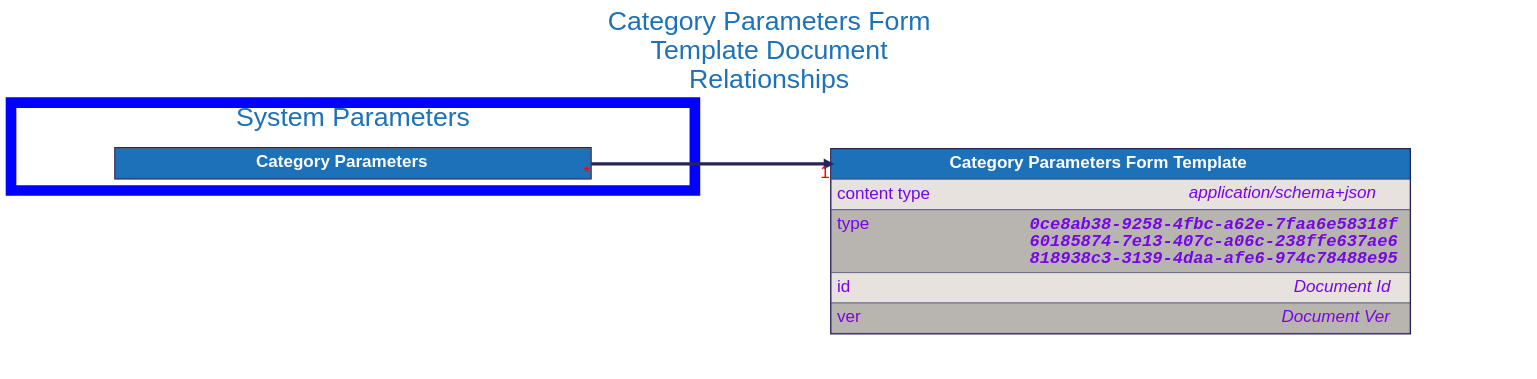
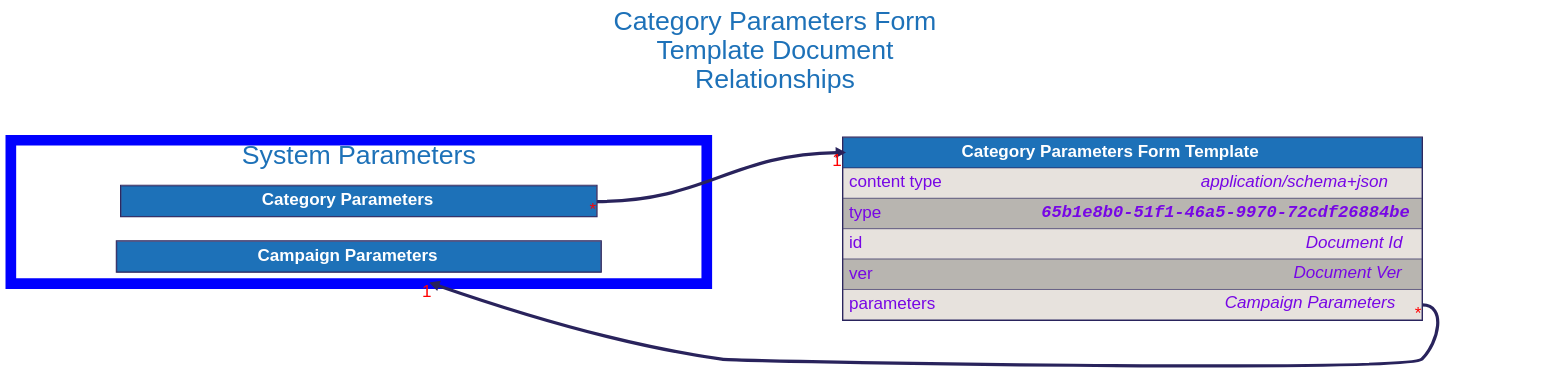
One commit to input-output-hk/catalyst-libs changed the diagram in docs/src/architecture/08_concepts/signed_doc/diagrams/category_parameters_form_template.dot. Above: the diagram before and after it, drawn with Graphviz. The commit also changed 466 other files, not shown here.

```diff
--- a/docs/src/architecture/08_concepts/signed_doc/diagrams/category_parameters_form_template.dot
+++ b/docs/src/architecture/08_concepts/signed_doc/diagrams/category_parameters_form_template.dot
@@ -1,94 +1,120 @@
 digraph "Category Parameters Form Template" {
     rankdir="LR"
     graph [fontname="helvetica", fontsize="32", fontcolor="#29235c", bgcolor="white"];
     node [penwidth="0", margin="0", fontname="helvetica", fontsize="32", fontcolor="#29235c"];
     edge [fontname="helvetica", fontsize="32", fontcolor="red", color="#29235c"];
 
     labelloc="t"
     label="Category Parameters Form
 Template Document
 Relationships"
     fontcolor="#1d71b8"
     fontsize=50
     compound=true
 
 
+
+    subgraph cluster_system_parameters {
+        label = "System Parameters";
+        color=blue
+        penwidth=20
+
+        "Campaign Parameters" [
+            id="Campaign Parameters";
+            label=<
+                <TABLE BORDER="2" COLOR="#29235c" CELLBORDER="1" CELLSPACING="0" CELLPADDING="10">
+                <TR>
+                    <TD PORT="title" BGCOLOR="#1d71b8" HREF="../campaign_parameters/">
+                        <FONT COLOR="#ffffff"><B> Campaign Parameters </B></FONT>
+                    </TD>
+                </TR>
+
+                </TABLE>
+            >
+        ];
+
+
+        "Category Parameters" [
+            id="Category Parameters";
+            label=<
+                <TABLE BORDER="2" COLOR="#29235c" CELLBORDER="1" CELLSPACING="0" CELLPADDING="10">
+                <TR>
+                    <TD PORT="title" BGCOLOR="#1d71b8" HREF="../category_parameters/">
+                        <FONT COLOR="#ffffff"><B> Category Parameters </B></FONT>
+                    </TD>
+                </TR>
+
+                </TABLE>
+            >
+        ];
+
+    }
 
     "Category Parameters Form Template" [
         id="Category Parameters Form Template";
         label=<
             <TABLE BORDER="2" COLOR="#29235c" CELLBORDER="1" CELLSPACING="0" CELLPADDING="10">
             <TR>
                 <TD PORT="title" BGCOLOR="#1d71b8" HREF="../category_parameters_form_template/">
                     <FONT COLOR="#ffffff"><B> Category Parameters Form Template </B></FONT>
                 </TD>
             </TR>
             <TR>
                 <TD ALIGN="LEFT" PORT="content type" BGCOLOR="#e7e2dd">
                     <TABLE CELLPADDING="0" CELLSPACING="0" BORDER="0">
                         <TR>
                             <TD ALIGN="LEFT" VALIGN="TOP" WIDTH="200"><FONT COLOR="#7706E5">content type</FONT></TD>
                             <TD ALIGN="RIGHT"><FONT COLOR="#7706E5"><I>application/schema+json</I></FONT></TD>
                         </TR>
                     </TABLE>
                 </TD>
             </TR>
             <TR>
                 <TD ALIGN="LEFT" PORT="type" BGCOLOR="#b8b5b0">
                     <TABLE CELLPADDING="0" CELLSPACING="0" BORDER="0">
                         <TR>
                             <TD ALIGN="LEFT" VALIGN="TOP" WIDTH="200"><FONT COLOR="#7706E5">type</FONT></TD>
-                            <TD ALIGN="RIGHT"><FONT FACE="Courier" COLOR="#7706E5"><B><I>0ce8ab38-9258-4fbc-a62e-7faa6e58318f<BR />60185874-7e13-407c-a06c-238ffe637ae6<BR />818938c3-3139-4daa-afe6-974c78488e95</I></B></FONT></TD>
+                            <TD ALIGN="RIGHT"><FONT FACE="Courier" COLOR="#7706E5"><B><I>65b1e8b0-51f1-46a5-9970-72cdf26884be</I></B></FONT></TD>
                         </TR>
                     </TABLE>
                 </TD>
             </TR>
             <TR>
                 <TD ALIGN="LEFT" PORT="id" BGCOLOR="#e7e2dd">
                     <TABLE CELLPADDING="0" CELLSPACING="0" BORDER="0">
                         <TR>
                             <TD ALIGN="LEFT" VALIGN="TOP" WIDTH="200"><FONT COLOR="#7706E5">id</FONT></TD>
                             <TD ALIGN="RIGHT"><FONT COLOR="#7706E5"><I>Document Id</I></FONT></TD>
                         </TR>
                     </TABLE>
                 </TD>
             </TR>
             <TR>
                 <TD ALIGN="LEFT" PORT="ver" BGCOLOR="#b8b5b0">
                     <TABLE CELLPADDING="0" CELLSPACING="0" BORDER="0">
                         <TR>
                             <TD ALIGN="LEFT" VALIGN="TOP" WIDTH="200"><FONT COLOR="#7706E5">ver</FONT></TD>
                             <TD ALIGN="RIGHT"><FONT COLOR="#7706E5"><I>Document Ver</I></FONT></TD>
                         </TR>
                     </TABLE>
                 </TD>
             </TR>
+            <TR>
+                <TD ALIGN="LEFT" PORT="parameters" BGCOLOR="#e7e2dd">
+                    <TABLE CELLPADDING="0" CELLSPACING="0" BORDER="0">
+                        <TR>
+                            <TD ALIGN="LEFT" VALIGN="TOP" WIDTH="200"><FONT COLOR="#7706E5">parameters</FONT></TD>
+                            <TD ALIGN="RIGHT"><FONT COLOR="#7706E5"><I>Campaign Parameters</I></FONT></TD>
+                        </TR>
+                    </TABLE>
+                </TD>
+            </TR>
 
             </TABLE>
         >
     ];
 
 
-    subgraph cluster_system_parameters {
-        label = "System Parameters";
-        color=blue
-        penwidth=20
-
-        "Category Parameters" [
-            id="Category Parameters";
-            label=<
-                <TABLE BORDER="2" COLOR="#29235c" CELLBORDER="1" CELLSPACING="0" CELLPADDING="10">
-                <TR>
-                    <TD PORT="title" BGCOLOR="#1d71b8" HREF="../category_parameters/">
-                        <FONT COLOR="#ffffff"><B> Category Parameters </B></FONT>
-                    </TD>
-                </TR>
-
-                </TABLE>
-            >
-        ];
-
-    }
-
+    "Category Parameters Form Template":"parameters":e -> "Campaign Parameters" [dir=forward, penwidth=6, color="#29235c", headlabel="1", taillabel="*", lhead="cluster_system_parameters"]
     "Category Parameters":"title":e -> "Category Parameters Form Template":"title":w [dir=forward, penwidth=6, color="#29235c", headlabel="1", taillabel="*"]
 }
```
